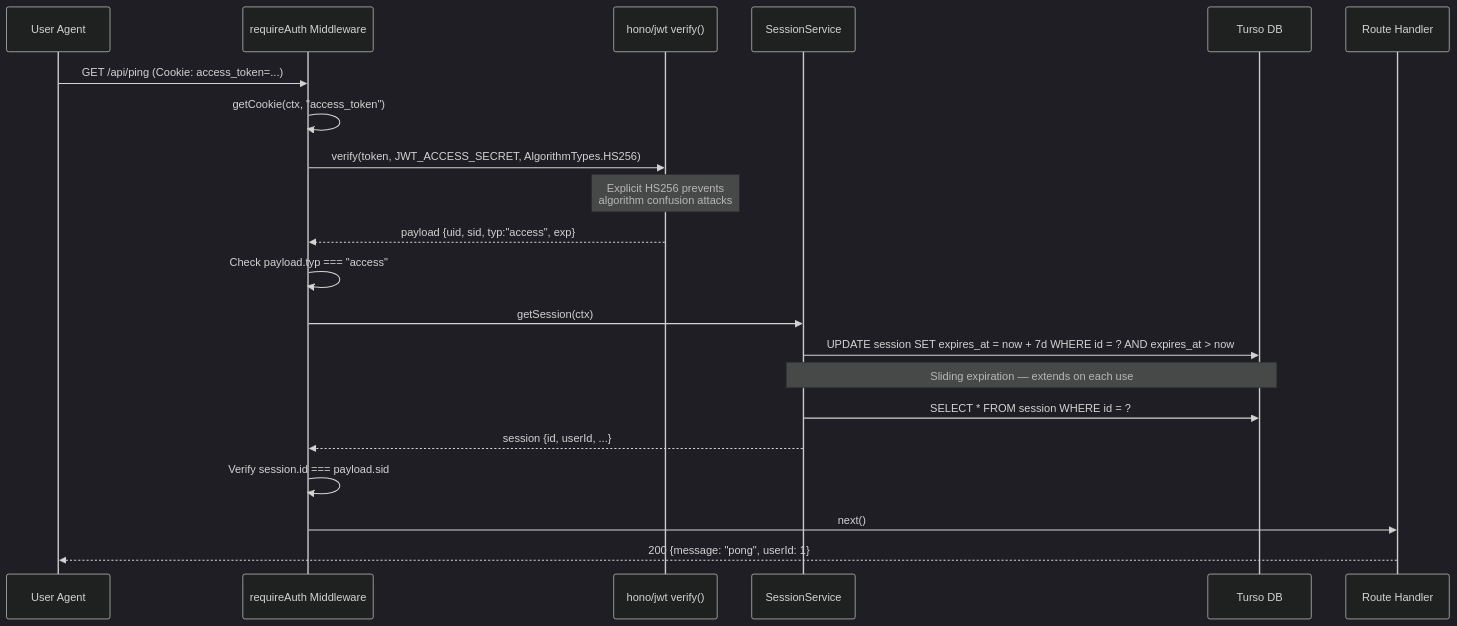
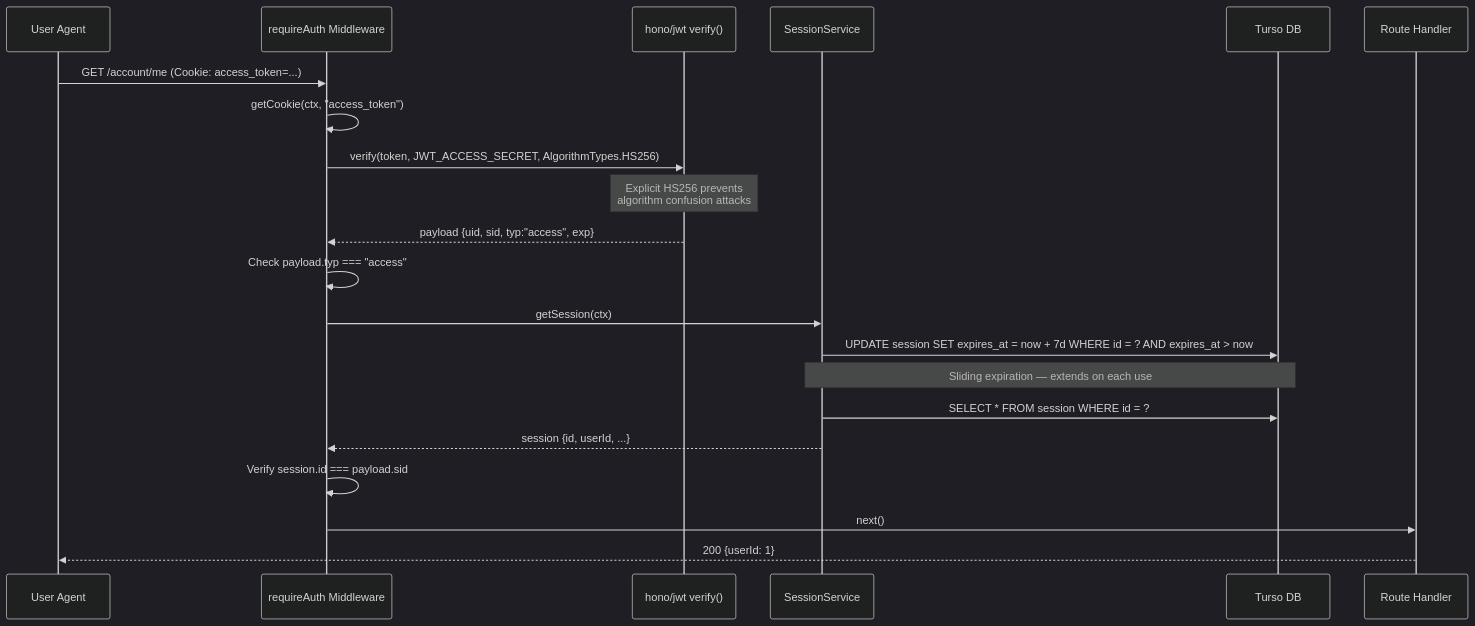
Before and after one commit to vhscom/private-landing: the third of 6 diagrams in docs/flows.md, drawn with Mermaid (dark theme). The commit also changed other lines of this file and 17 other files, not shown here.

````diff
--- a/docs/flows.md
+++ b/docs/flows.md
@@ -118,30 +118,30 @@
 ```mermaid
 sequenceDiagram
   participant U as User Agent
   participant MW as requireAuth Middleware
   participant JWT as hono/jwt verify()
   participant SS as SessionService
   participant DB as Turso DB
   participant RH as Route Handler
 
-  U->>MW: GET /api/ping (Cookie: access_token=...)
+  U->>MW: GET /account/me (Cookie: access_token=...)
   MW->>MW: getCookie(ctx, "access_token")
 
   MW->>JWT: verify(token, JWT_ACCESS_SECRET, AlgorithmTypes.HS256)
   Note over JWT: Explicit HS256 prevents<br/>algorithm confusion attacks
 
   JWT-->>MW: payload {uid, sid, typ:"access", exp}
 
   MW->>MW: Check payload.typ === "access"
 
   MW->>SS: getSession(ctx)
   SS->>DB: UPDATE session SET expires_at = now + 7d WHERE id = ? AND expires_at > now
   Note over SS,DB: Sliding expiration — extends on each use
   SS->>DB: SELECT * FROM session WHERE id = ?
   SS-->>MW: session {id, userId, ...}
 
   MW->>MW: Verify session.id === payload.sid
 
   MW->>RH: next()
-  RH-->>U: 200 {message: "pong", userId: 1}
+  RH-->>U: 200 {userId: 1}
 ```
````
